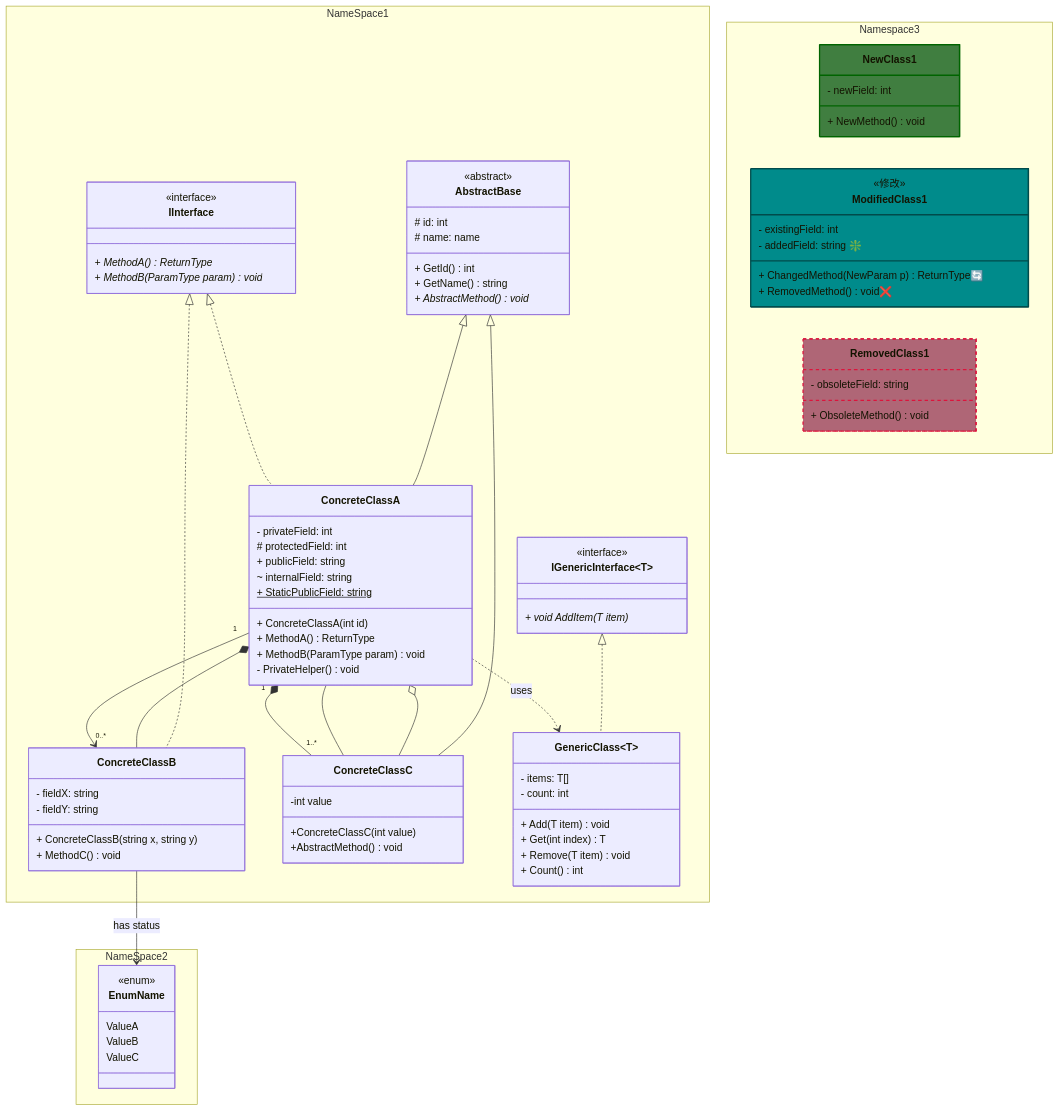
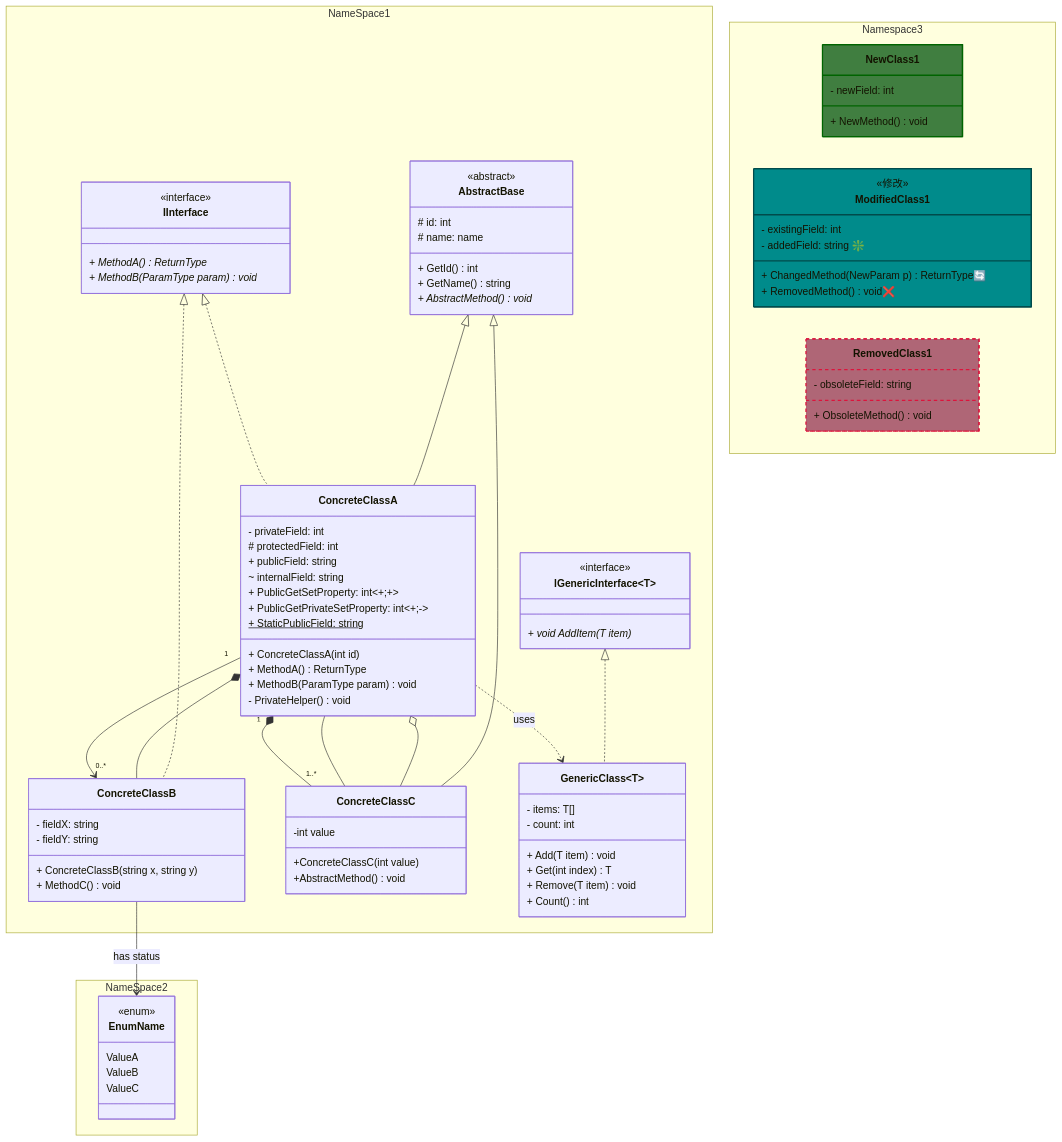
The diagram in DesignData/UmlExample.mmd (JoJorge/library), drawn with Mermaid before and after one commit.

Commit message:
add UML example for property

```diff
--- a/DesignData/UmlExample.mmd
+++ b/DesignData/UmlExample.mmd
@@ -1,149 +1,151 @@
 classDiagram
     %% =========================================================
     %% Namespace
     %% =========================================================
     namespace NameSpace1 {
         class ConcreteClassA
         class IInterface
         class IGenericInterface~T~
         class AbstractBase
         class ConcreteClassB
         class ConcreteClassC
         class GenericClass~T~
     }
     namespace NameSpace2 {
         class EnumName
     }
     namespace Namespace3 {
         class NewClass1
         class ModifiedClass1
         class RemovedClass1
     }
     
     %% =========================================================
     %% Enum 定義
     %% =========================================================
     class EnumName {
         <<enum>>
         ValueA
         ValueB
         ValueC
     }
 
     %% =========================================================
     %% Interface 定義
     %% =========================================================
     class IInterface {
         <<interface>>
         + MethodA() ReturnType*
         + MethodB(ParamType param) void*
     }
 
     class IGenericInterface~T~ {
         <<interface>>
         + void AddItem(T item)*
     }
 
     %% =========================================================
     %% Class 定義
     %% =========================================================
     class AbstractBase {
         <<abstract>>
         # id: int
         # name: name
  
         + GetId() int
         + GetName() string
         + AbstractMethod() void*
     }
 
     class ConcreteClassA {
         - privateField: int
         # protectedField: int
         + publicField: string
         ~ internalField: string
+        + PublicGetSetProperty: int<+;+>
+        + PublicGetPrivateSetProperty: int<+;->
         + StaticPublicField: string$
 
         + ConcreteClassA(int id)
         + MethodA() ReturnType
         + MethodB(ParamType param) void
         - PrivateHelper() void
     }
 
     class ConcreteClassB {
         - fieldX: string
         - fieldY: string
 
         + ConcreteClassB(string x, string y)
         + MethodC() void
     }
 
     class ConcreteClassC {
         -int value
 
         +ConcreteClassC(int value)
         +AbstractMethod() void
     }
 
     class GenericClass~T~ {
         - items: T[]
         - count: int
 
         + Add(T item) void
         + Get(int index) T
         + Remove(T item) void
         + Count() int
     }
 
     class NewClass1 {
         - newField: int
         + NewMethod() void
     }
     class ModifiedClass1 {
         <<修改>>
         - existingField: int
         - addedField: string ❇️
         + ChangedMethod(NewParam p) ReturnType🔄
         + RemovedMethod() void❌
     }
     class RemovedClass1 {
         - obsoleteField: string
         + ObsoleteMethod() void
     }
 
     %% =========================================================
     %% Relations
     %% =========================================================
     AbstractBase <|-- ConcreteClassA
     AbstractBase <|-- ConcreteClassC
 
     IInterface <|.. ConcreteClassA
     IInterface <|.. ConcreteClassB
     IGenericInterface~ConcreteClassA~ <|.. GenericClass~T~
 
     ConcreteClassA *-- ConcreteClassB
 
     ConcreteClassA o-- ConcreteClassC
 
     ConcreteClassB --> EnumName : has status
 
     ConcreteClassA -- ConcreteClassC
 
     ConcreteClassA ..> GenericClass~T~ : uses
 
     ConcreteClassA "1" --> "0..*" ConcreteClassB
     ConcreteClassA "1" *-- "1..*" ConcreteClassC
 
     %% =========================================================
     %% 修改標記風格
     %% =========================================================
     class NewClass1:::NewClass
     class ModifiedClass1:::ModifiedClass
     class RemovedClass1:::RemovedClass
 
     %% =========================================================
     %% 標記風格
     %% =========================================================   
     classDef NewClass fill:#407E40,stroke:#006400,stroke-width:2px
     classDef ModifiedClass fill:#008B8B,stroke:#004B4B,stroke-width:2px
     classDef RemovedClass fill:#AF6676,stroke:#DC143C,stroke-width:2px,stroke-dasharray: 5 5
```
